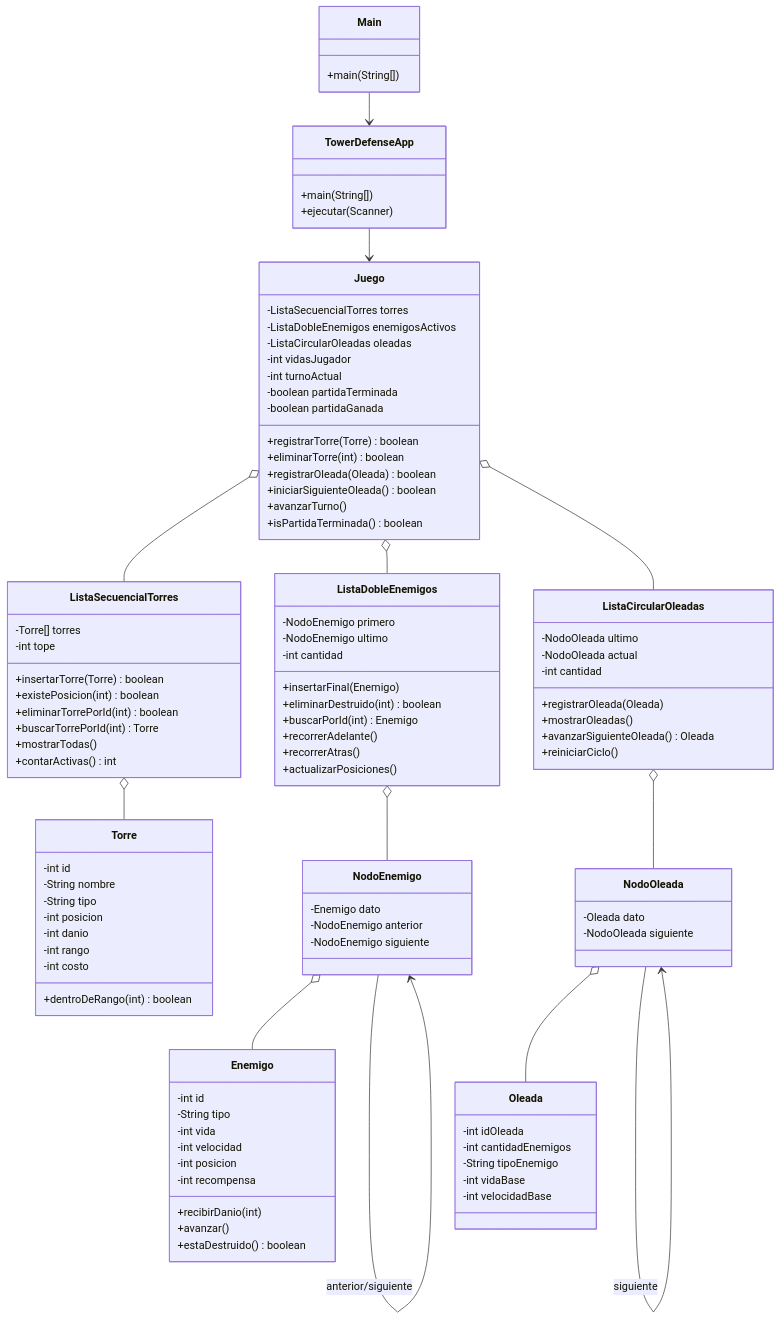
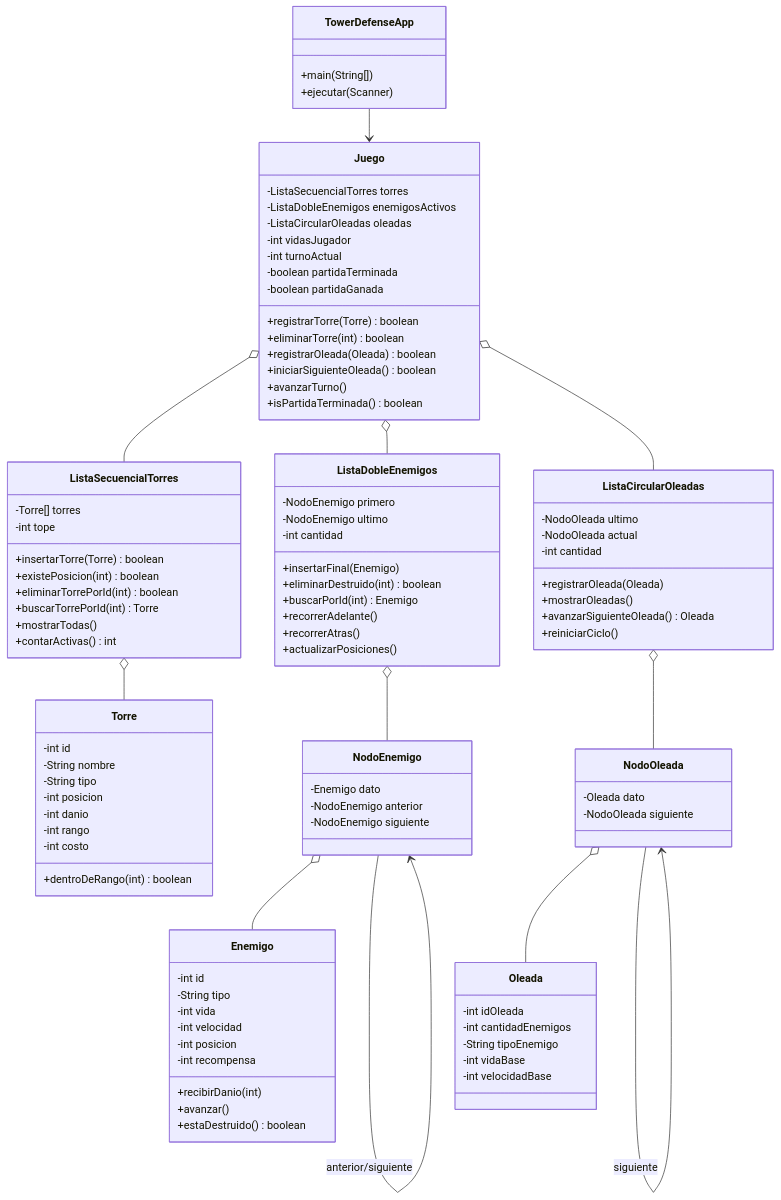
The diagram in diagramas/diagrama-clases.md (juanchicoyunda1234/Evaluacion-Practica), drawn with Mermaid before and after one commit. The commit also changed other lines of this file, not shown here.

Commit message:
Quite la clase Main del diagrama de clases, no es parte del modelo

````diff
--- a/diagramas/diagrama-clases.md
+++ b/diagramas/diagrama-clases.md
@@ -82,9 +82,6 @@
         +avanzarTurno()
         +isPartidaTerminada() boolean
     }
-    class Main {
-        +main(String[])
-    }
     class TowerDefenseApp {
         +main(String[])
         +ejecutar(Scanner)
@@ -101,5 +98,4 @@
     Juego o-- ListaDobleEnemigos
     Juego o-- ListaCircularOleadas
     TowerDefenseApp --> Juego
-    Main --> TowerDefenseApp
 ```
````
